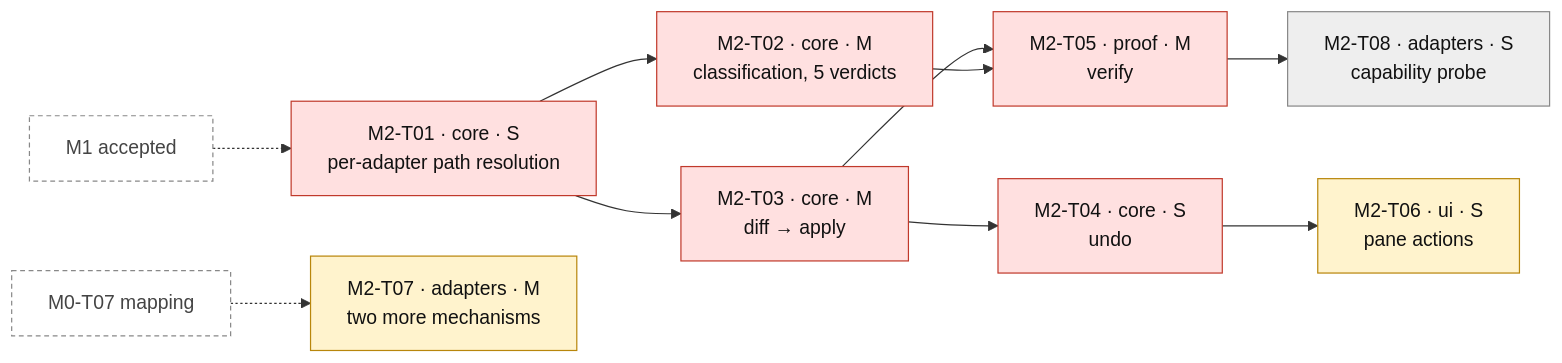
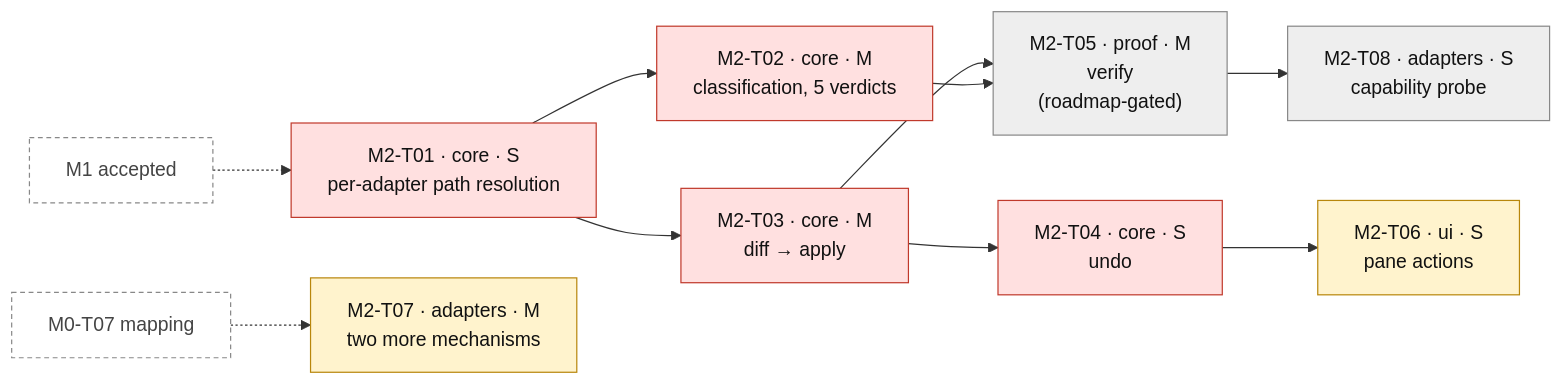
One commit to oozut/agent-of-empires-tags-plugin changed the fourth of 8 diagrams in plan/graph.md. Above: the diagram before and after it, drawn with Mermaid. The commit also changed other lines of this file and 14 other files, not shown here.

````diff
--- a/plan/graph.md
+++ b/plan/graph.md
@@ -130,26 +132,26 @@
 ```mermaid
 flowchart LR
     T01["M2-T01 · core · S<br/>per-adapter path resolution"]:::p0
     T02["M2-T02 · core · M<br/>classification, 5 verdicts"]:::p0
     T03["M2-T03 · core · M<br/>diff → apply"]:::p0
     T04["M2-T04 · core · S<br/>undo"]:::p0
-    T05["M2-T05 · proof · M<br/>verify"]:::p0
+    T05["M2-T05 · proof · M<br/>verify<br/>(roadmap-gated)"]:::p2
     T06["M2-T06 · ui · S<br/>pane actions"]:::p1
     T07["M2-T07 · adapters · M<br/>two more mechanisms"]:::p1
     T08["M2-T08 · adapters · S<br/>capability probe"]:::p2
 
     M1g["M1 accepted"]:::gate -.-> T01
     M0T07["M0-T07 mapping"]:::gate -.-> T07
     T01 --> T02
     T01 --> T03
     T03 --> T04
     T03 --> T05
     T02 --> T05
     T04 --> T06
     T05 --> T08
 
     classDef p0 fill:#ffe0e0,stroke:#c0392b,color:#111
     classDef p1 fill:#fff3cd,stroke:#b8860b,color:#111
     classDef p2 fill:#eeeeee,stroke:#888,color:#111
     classDef gate fill:#ffffff,stroke:#888,stroke-dasharray:4 3,color:#444
 ```
````
